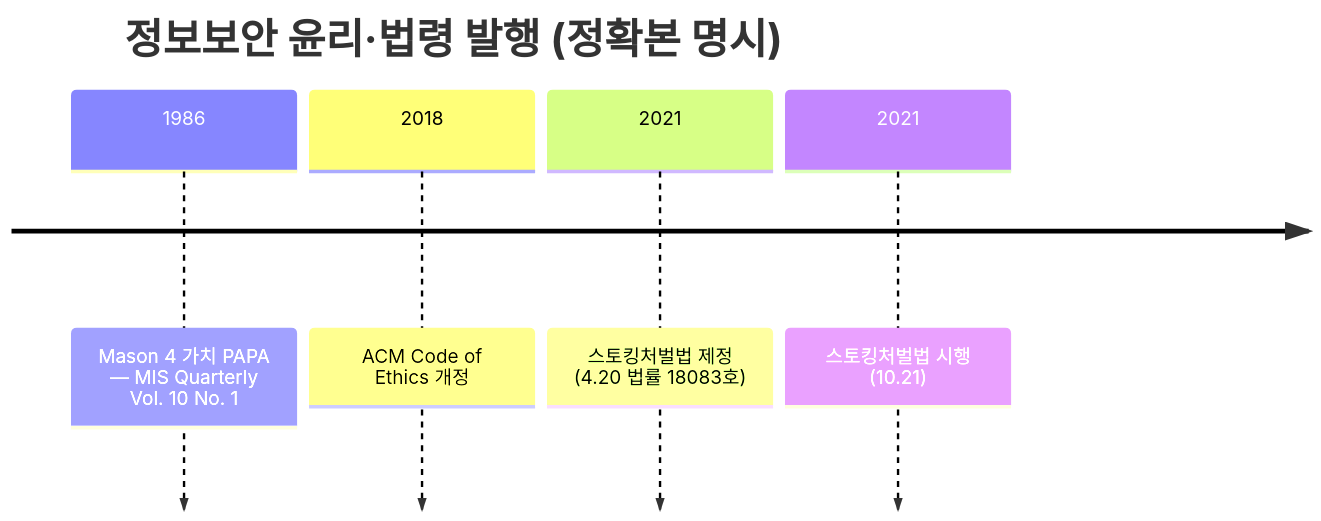
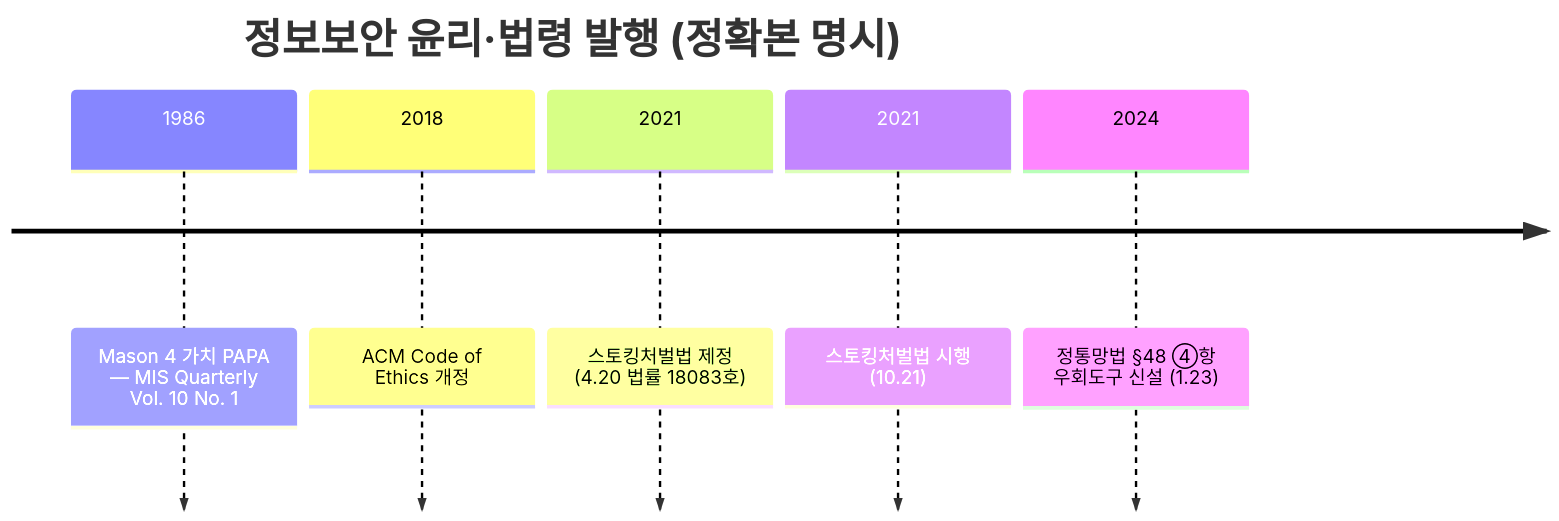
The first of 5 diagrams in cs/information-security/study/05.management-and-law/06.security-ethics.md (ianrang/cs-study), drawn with Mermaid before and after one commit. The commit also changed other lines of this file and 1 other file, not shown here.

````diff
--- a/cs/information-security/study/05.management-and-law/06.security-ethics.md
+++ b/cs/information-security/study/05.management-and-law/06.security-ethics.md
@@ -532,8 +558,9 @@
 ```mermaid
 timeline
     title 정보보안 윤리·법령 발행 (정확본 명시)
     1986  : Mason 4 가치 PAPA — MIS Quarterly Vol. 10 No. 1
     2018  : ACM Code of Ethics 개정
     2021  : 스토킹처벌법 제정 (4.20 법률 18083호)
     2021  : 스토킹처벌법 시행 (10.21)
+    2024  : 정통망법 §48 ④항 우회도구 신설 (1.23)
 ```
````
